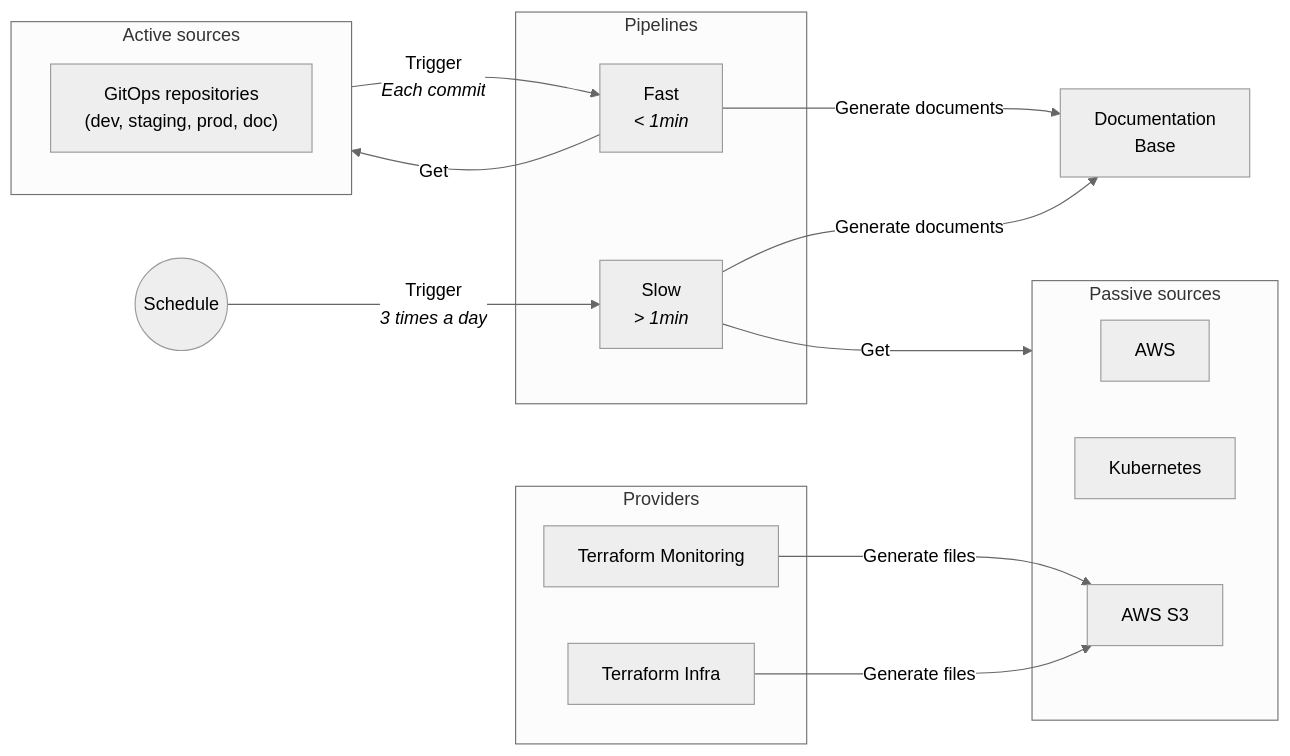
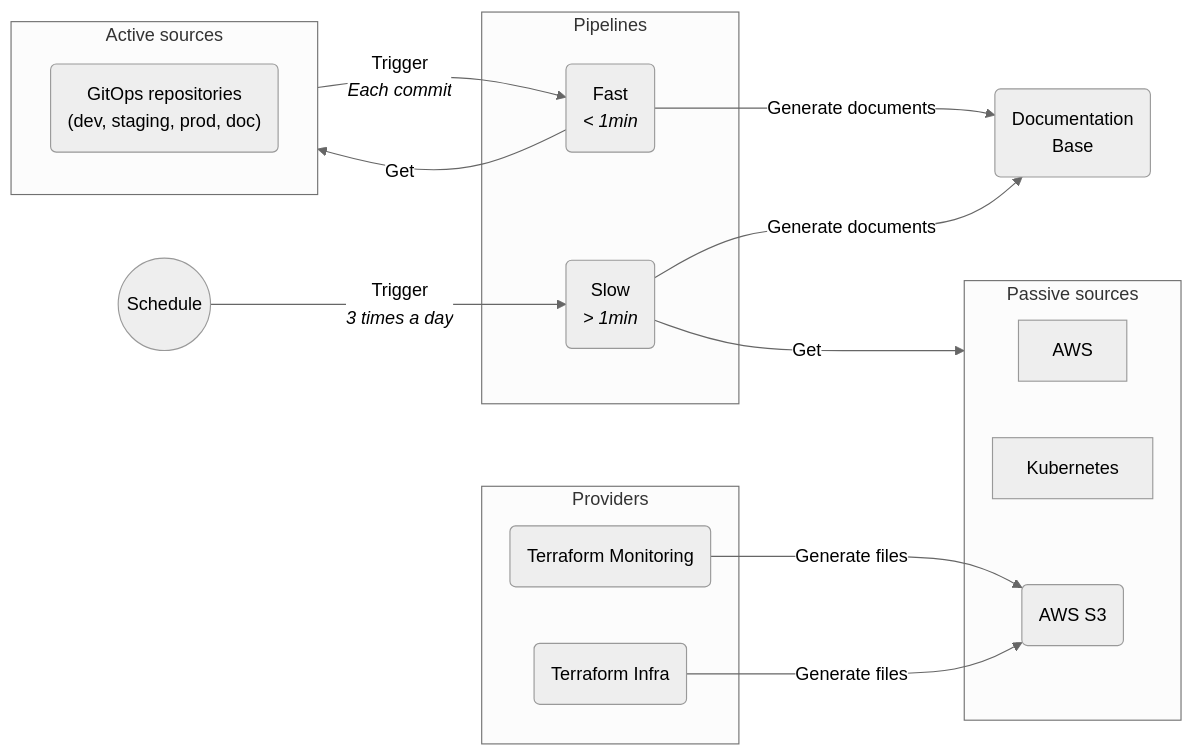
The diagram in docs/portfolio/automation/documentation-automation.md (robinlioret/cv-en), drawn with Mermaid (neutral theme) before and after one commit. The commit also changed other lines of this file and 21 other files, not shown here.

````diff
--- a/docs/portfolio/automation/documentation-automation.md
+++ b/docs/portfolio/automation/documentation-automation.md
@@ -50,32 +50,32 @@
 ```mermaid
 graph LR
     subgraph Providers
-        monitoring["Terraform Monitoring"]
-        infra["Terraform Infra"]
+        monitoring("Terraform Monitoring")
+        infra("Terraform Infra")
     end
 
     subgraph active["Active sources"]
-        gitops["GitOps repositories<br/>(dev, staging, prod, doc)"]
+        gitops("GitOps repositories<br/>(dev, staging, prod, doc)")
     end
 
     subgraph passive["Passive sources"]
         AWS
         Kubernetes
-        s3["AWS S3"]
+        s3("AWS S3")
     end
 
     subgraph pipelines["Pipelines"]
-        Fast["Fast<br/><i>< 1min</i>"]
-        Slow["Slow<br/><i>> 1min</i>"]
+        Fast("Fast<br/><i>< 1min</i>")
+        Slow("Slow<br/><i>> 1min</i>")
     end
 
-    doc["Documentation<br/>Base"]
+    doc("Documentation<br/>Base")
     monitoring -->|Generate files| s3
     infra -->|Generate files| s3
     active -->|Trigger<br/><i>Each commit</i>| Fast
     cron(("Schedule")) -->|" Trigger<br/><i>3 times a day</i> "| Slow
     Fast -->|Get| active
     Slow -->|Get| passive
     Fast -->|Generate documents| doc
     Slow -->|Generate documents| doc
 ```
````
